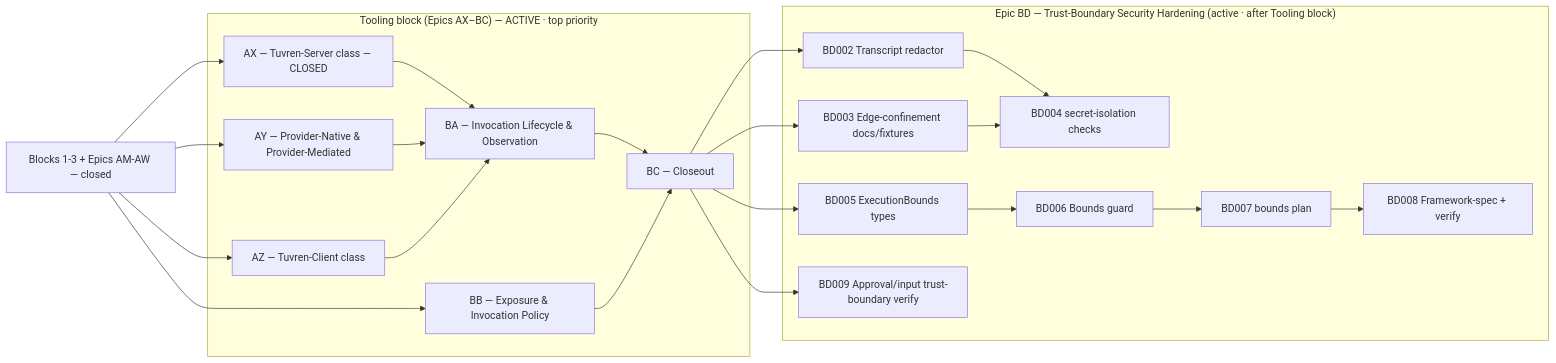
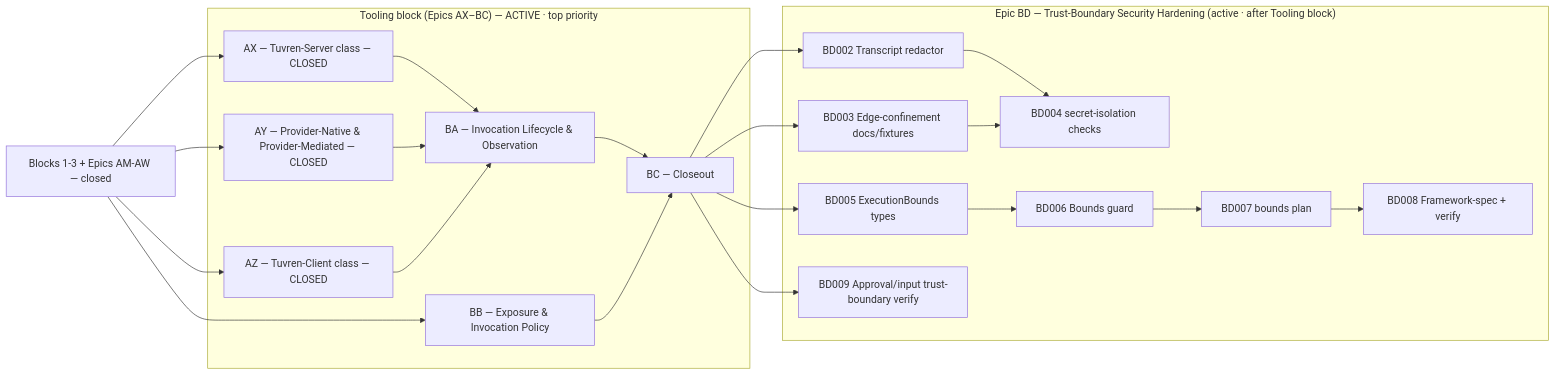
Before and after one commit to Tuvren/framework: the diagram in constitution/Tasks.md, drawn with Mermaid. The commit also changed other lines of this file and 5 other files, not shown here.

````diff
--- a/constitution/Tasks.md
+++ b/constitution/Tasks.md
@@ -90,32 +91,32 @@
 ```mermaid
 flowchart LR
   closed["Blocks 1-3 + Epics AM-AW — closed"]
 
   subgraph tooling["Tooling block (Epics AX–BC) — ACTIVE · top priority"]
     AXep["AX — Tuvren-Server class — CLOSED"]
-    AYep["AY — Provider-Native & Provider-Mediated"]
-    AZep["AZ — Tuvren-Client class"]
+    AYep["AY — Provider-Native & Provider-Mediated — CLOSED"]
+    AZep["AZ — Tuvren-Client class — CLOSED"]
     AXep --> BAep["BA — Invocation Lifecycle & Observation"]
     AYep --> BAep
     AZep --> BAep
     BBep["BB — Exposure & Invocation Policy"]
     BAep --> BCep["BC — Closeout"]
     BBep --> BCep
   end
 
   subgraph trust["Epic BD — Trust-Boundary Security Hardening (active · after Tooling block)"]
     BD2["BD002 Transcript redactor"] --> BD4["BD004 secret-isolation checks"]
     BD3["BD003 Edge-confinement docs/fixtures"] --> BD4
     BD5["BD005 ExecutionBounds types"] --> BD6["BD006 Bounds guard"] --> BD7["BD007 bounds plan"] --> BD8["BD008 Framework-spec + verify"]
     BD9["BD009 Approval/input trust-boundary verify"]
   end
 
   closed --> AXep
   closed --> AYep
   closed --> AZep
   closed --> BBep
   BCep --> BD2
   BCep --> BD3
   BCep --> BD5
   BCep --> BD9
 ```
````
